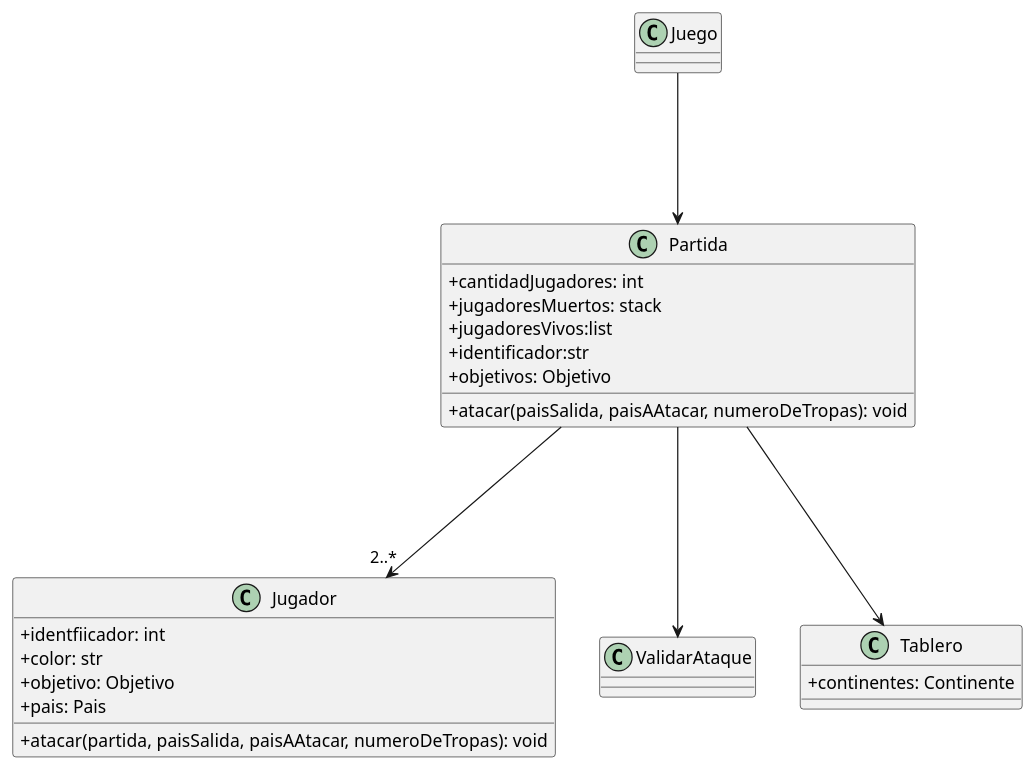
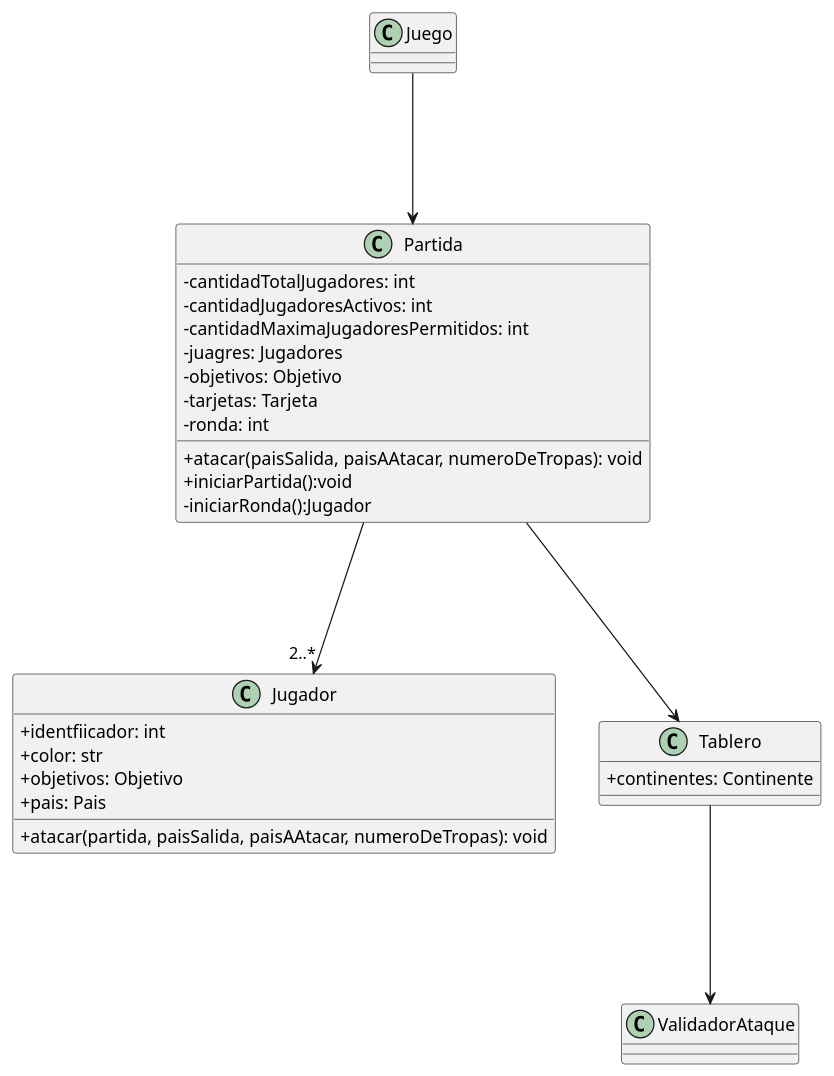
The diagram in diagramas/diagramaJuego.plantuml (tomasshiao/TP2_Algo3), drawn with PlantUML before and after one commit. The commit also changed 11 other files, not shown here.

Commit message:
modifico diagramas agregoDiagramadeSecuencia

```diff
--- a/diagramas/diagramaJuego.plantuml
+++ b/diagramas/diagramaJuego.plantuml
@@ -1,40 +1,44 @@
 @startuml
 skinparam classAttributeIconSize 0
 
 class Juego {
-       
+
 }
 
 class Partida{
-        + cantidadJugadores: int
-        +jugadoresMuertos: stack 
-        +jugadoresVivos:list 
-        +identificador:str 
-        +objetivos: Objetivo
+        - cantidadTotalJugadores: int
+        - cantidadJugadoresActivos: int
+        - cantidadMaximaJugadoresPermitidos: int
+        - juagres: Jugadores
+        - objetivos: Objetivo
+        - tarjetas: Tarjeta
+        - ronda: int
 
         +atacar(paisSalida, paisAAtacar, numeroDeTropas): void
+        +iniciarPartida():void
+        -iniciarRonda():Jugador
 }
 
 class Jugador{
         +identfiicador: int 
         + color: str
-        +objetivo: Objetivo 
+        +objetivos: Objetivo
         +pais: Pais
         
         +atacar(partida, paisSalida, paisAAtacar, numeroDeTropas): void
 
 }
 
-class ValidarAtaque{}
+class ValidadorAtaque{}
 
 class Tablero{
         +continentes: Continente
 } 
 
 
 Juego ---> Partida
 Partida --->"2..*" Jugador
-Partida ---> ValidarAtaque
+Tablero ---> ValidadorAtaque
 Partida ---> Tablero
 
 @enduml
```
